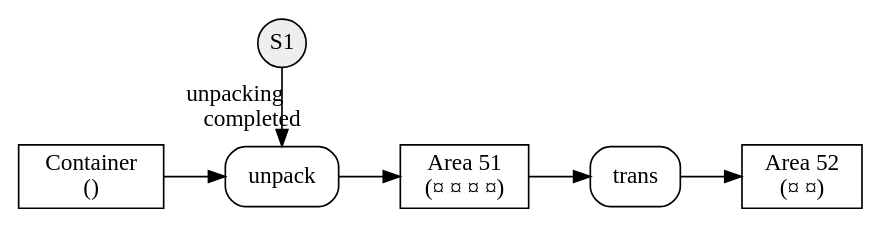
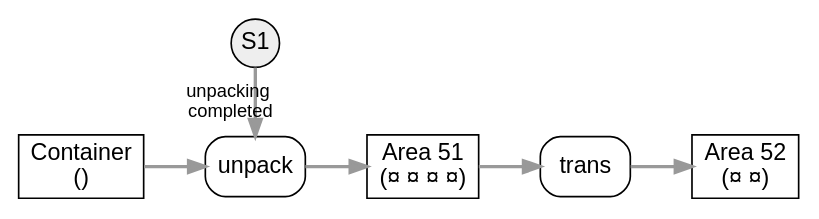
Before and after one commit to drautzburg/currychicken: the diagram in opal/unpackComplete.dot, drawn with Graphviz. The commit also changed 10 other files, not shown here.

```diff
--- a/opal/unpackComplete.dot
+++ b/opal/unpackComplete.dot
@@ -1,23 +1,26 @@
 digraph d {
+	node [fontname = "Arial"];
+	edge [fontname = "Arial", fontsize=11,color="#999999", penwidth=2, weight=1];
 	rankdir=LR
+	
 	subgraph sensor {
 		node [shape=circle, style=filled, fillcolor="#EEEEEE", fixedsize=true, width=0.4]
 		S1
 		}
 	subgraph store {
 		node [shape=box]
 		Container[label="Container\n()"]
 		B[label="Area 51\n(&curren; &curren; &curren; &curren;)"]
 		C[label="Area 52\n(&curren; &curren;)"]
 	}
 	subgraph process {
 		node [shape=box, style=rounded]
 		unpack
 		trans
 	}
 	{rank=same; S1 unpack}
 		
 Container -> unpack -> B -> trans -> C
 S1 -> unpack  [label=" unpacking\l completed"]
 
 }
```
